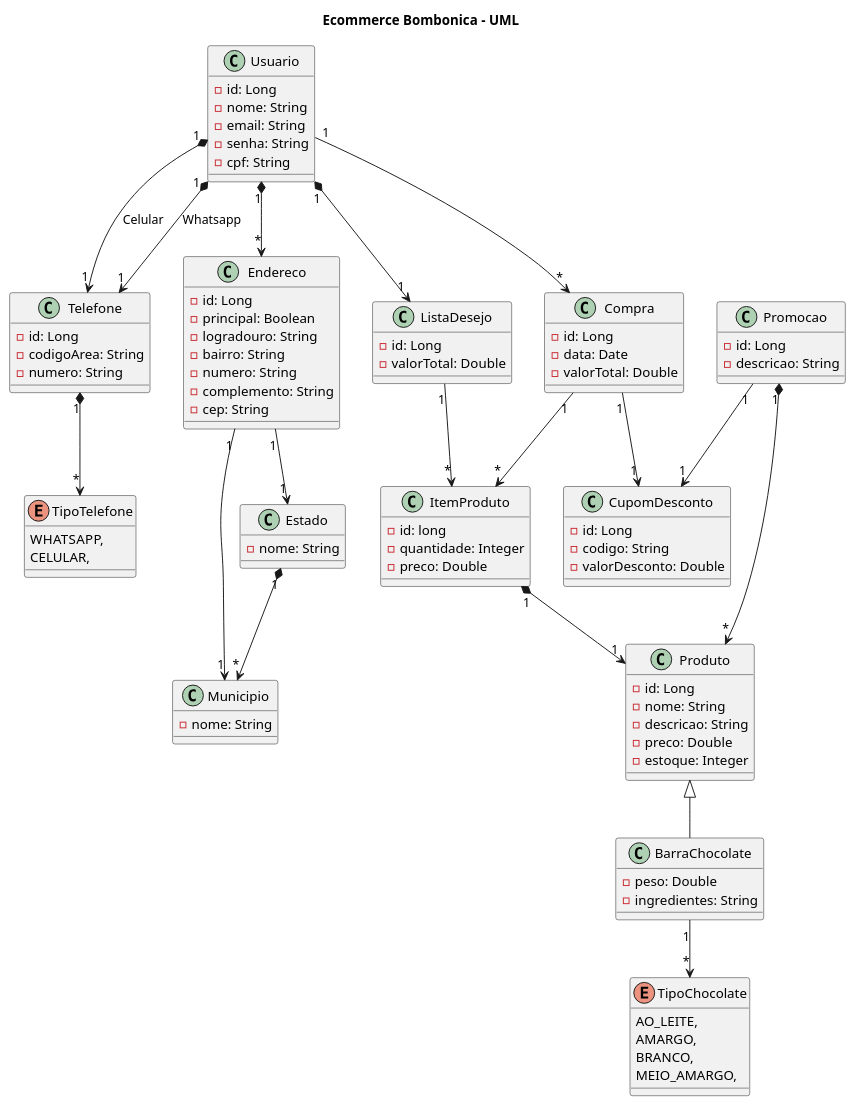
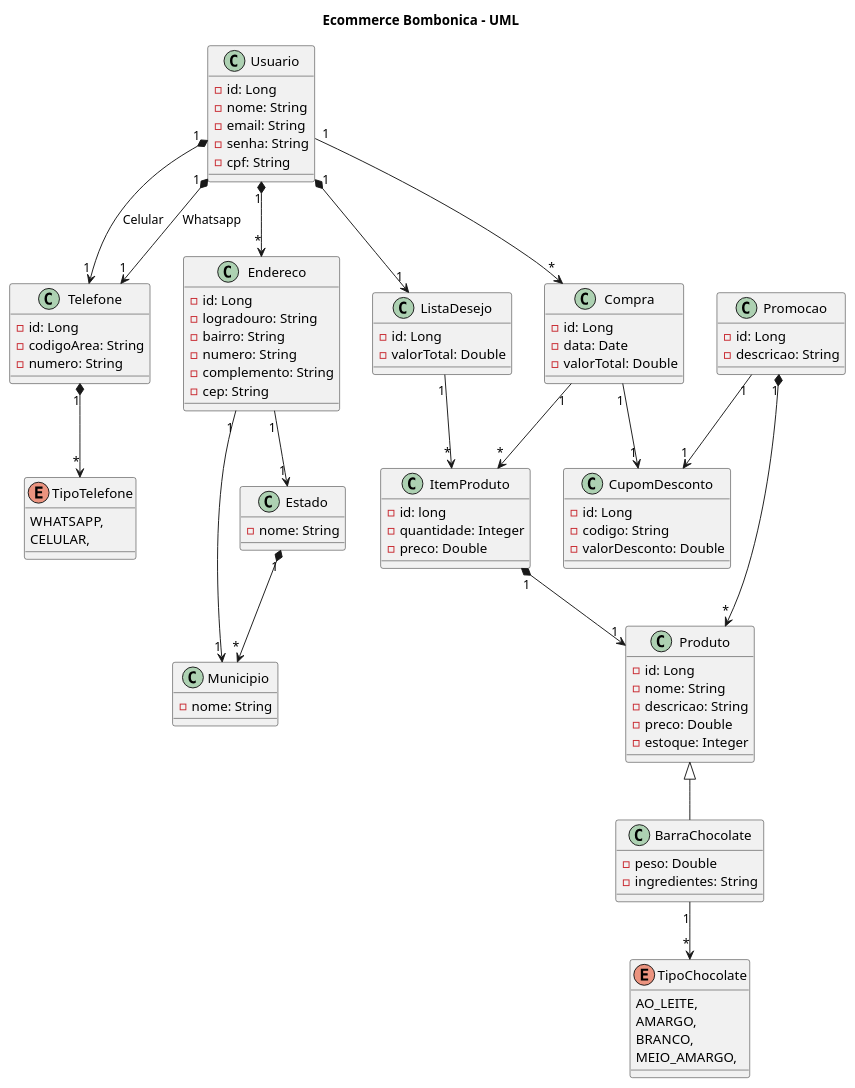
One commit to muniznicole/EcommerceBombonica changed the diagram in bombonica_uml/Bombonica.plantuml. Above: the diagram before and after it, drawn with PlantUML. The commit also changed 1 other file, not shown here.

```diff
--- a/bombonica_uml/Bombonica.plantuml
+++ b/bombonica_uml/Bombonica.plantuml
@@ -1,113 +1,112 @@
 @startuml Bombonica
 
     title Ecommerce Bombonica - UML
 
     class Usuario {
         - id: Long
         - nome: String
         - email: String
         - senha: String
         - cpf: String
        
     }
 
     class Telefone {
         - id: Long
         - codigoArea: String
         - numero: String
     }
 
     enum TipoTelefone {
         WHATSAPP,
         CELULAR,
     }
 
     class Endereco {
         - id: Long
-        - principal: Boolean
         - logradouro: String
         - bairro: String
         - numero: String
         - complemento: String
         - cep: String
     }
 
     class Municipio{
         - nome: String
     }
 
     class Estado {
         - nome: String
     }
 
     class Compra {
         - id: Long
         - data: Date
         - valorTotal: Double 
     }
 
     class ItemProduto {
         - id: long
         - quantidade: Integer
         - preco: Double
     }
 
     class Produto {
         - id: Long
         - nome: String
         - descricao: String
         - preco: Double
         - estoque: Integer
     }
 
     class BarraChocolate {
         - peso: Double
         - ingredientes: String
     }
 
     enum TipoChocolate {
         AO_LEITE,
         AMARGO,
         BRANCO,
         MEIO_AMARGO,
     }
 
     class Promocao {
         - id: Long
         - descricao: String
     }
 
     class CupomDesconto {
         - id: Long
         - codigo: String
         - valorDesconto: Double
     }
 
     class ListaDesejo {
         - id: Long
         - valorTotal: Double
     }
 
     Usuario "1" *--> "1" Telefone: Whatsapp
     Usuario "1" *--> "1" Telefone: Celular
     Telefone "1" *--> "*" TipoTelefone
 
     Usuario "1" *--> "*" Endereco
     Endereco "1" --> "1" Municipio
     Endereco "1" --> "1" Estado
     Estado "1" *--> "*" Municipio
 
     Usuario "1" --> "*" Compra
     Compra "1" --> "*" ItemProduto
     ItemProduto "1" *--> "1" Produto
     BarraChocolate "1" --> "*" TipoChocolate 
     
     Produto <|-- BarraChocolate
 
     Usuario "1" *--> "1" ListaDesejo
     ListaDesejo "1" --> "*" ItemProduto 	
     Compra "1" --> "1" CupomDesconto
     Promocao "1" --> "1" CupomDesconto
     Promocao "1" *--> "*" Produto
 
 @enduml
```
